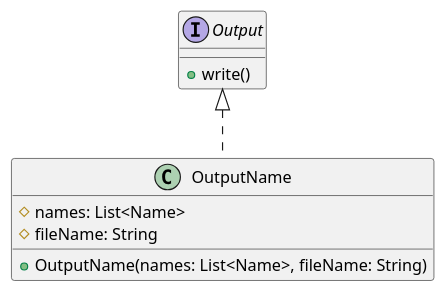
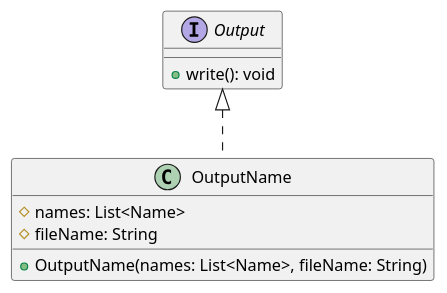
The diagram in src/main/resources/OutputName.puml (mplekunov/Assignment_3), drawn with PlantUML before and after one commit. The commit also changed 22 other files, not shown here.

Commit message:
Add: PlantUML Activity Diagrams

```diff
--- a/src/main/resources/OutputName.puml
+++ b/src/main/resources/OutputName.puml
@@ -1,14 +1,14 @@
 @startuml
 'https://plantuml.com/class-diagram
 
 class OutputName implements Output {
     #names: List<Name>
     #fileName: String
 
     +OutputName(names: List<Name>, fileName: String)
 }
 
 interface Output {
-    +write()
+    +write(): void
 }
 @enduml
```
